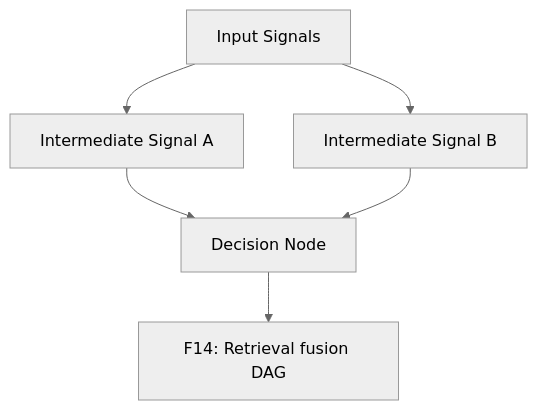
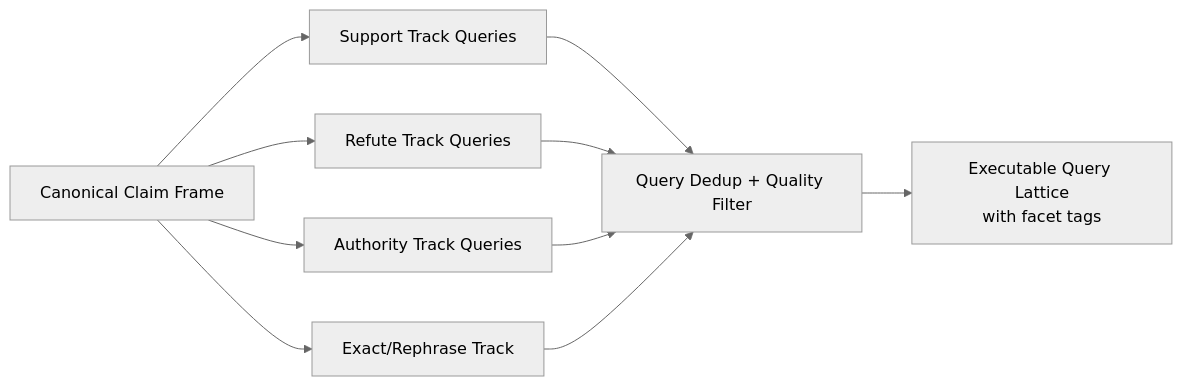
One commit to Luxia-AI/docs changed the fifth of 8 diagrams in methodology/figures/03-retrieval-and-corrective-pack.md. Above: the diagram before and after it, drawn with Mermaid (neutral theme). The commit also changed other lines of this file and 9 other files, not shown here.

First line of the commit message:
Refactor methodology figures with updated Mermaid diagrams and enhanced clarity across multiple packs. Key changes include:

````diff
--- a/methodology/figures/03-retrieval-and-corrective-pack.md
+++ b/methodology/figures/03-retrieval-and-corrective-pack.md
@@ -107,8 +154,13 @@
 ```mermaid
-graph TD
-    A[Input Signals] --> B[Intermediate Signal A]
-    A --> C[Intermediate Signal B]
-    B --> D[Decision Node]
-    C --> D
-    D --> E[F14: Retrieval fusion DAG]
+flowchart LR
+  C[Canonical Claim Frame] --> Q1[Support Track Queries]
+  C --> Q2[Refute Track Queries]
+  C --> Q3[Authority Track Queries]
+  C --> Q4[Exact/Rephrase Track]
+  Q1 --> D[Query Dedup + Quality Filter]
+  Q2 --> D
+  Q3 --> D
+  Q4 --> D
+  D --> E[Executable Query Lattice
+with facet tags]
 ```
````
